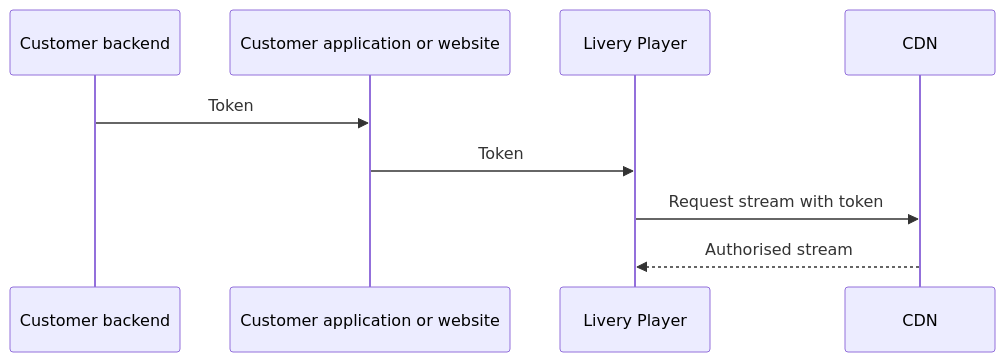
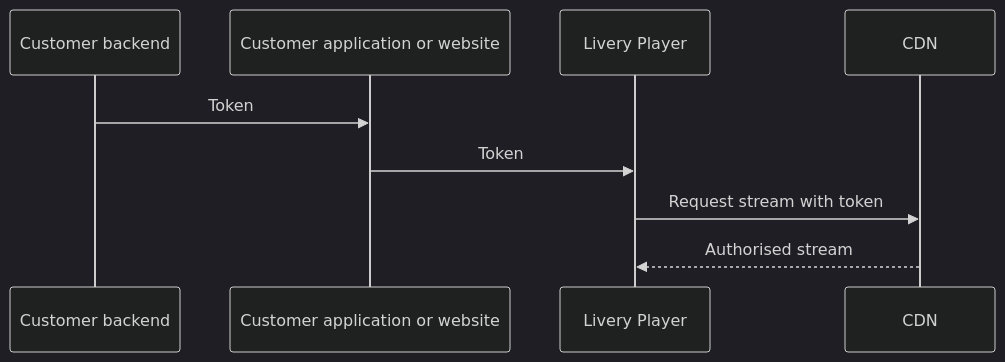
Before and after one commit to robindrost/docs-1: the diagram in docs/security.md, drawn with Mermaid. The commit also changed 1 other file, not shown here.

Commit message:
Added mermaid for graphs

````diff
--- a/docs/security.md
+++ b/docs/security.md
@@ -55,7 +55,8 @@
 ```mermaid
+%%{init: {'theme':'dark'}}%%
 sequenceDiagram
     Customer backend->>Customer application or website: Token
     Customer application or website->>Livery Player: Token
     Livery Player->>CDN: Request stream with token
     CDN-->>Livery Player: Authorised stream
 ```
````
